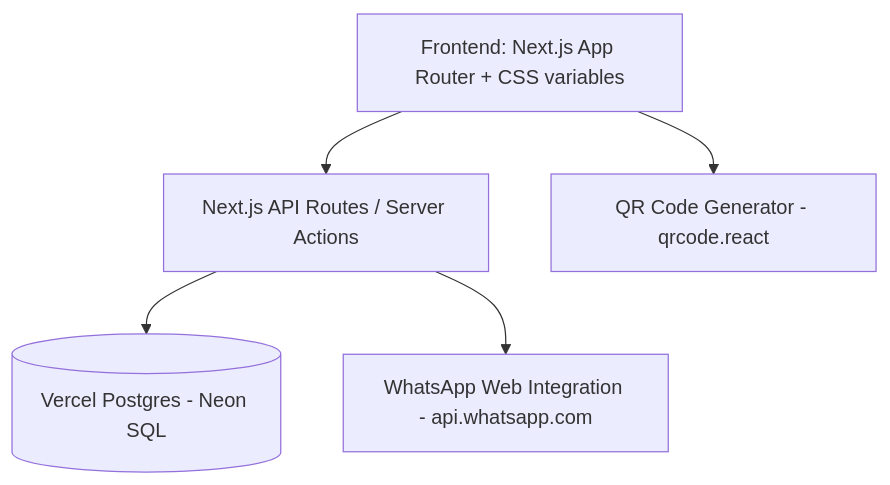
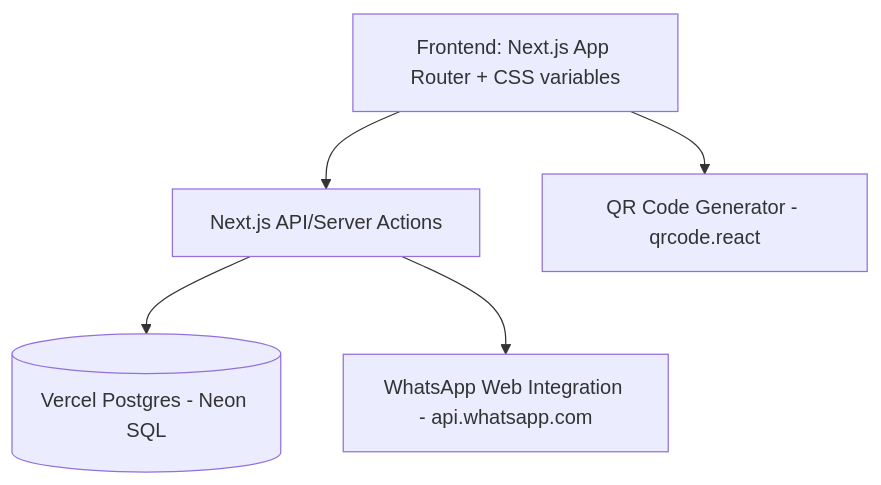
The diagram in docs/architecture.md (ugurozan-eng/fully), drawn with Mermaid before and after one commit. The commit also changed other lines of this file and 14 other files, not shown here.

````diff
--- a/docs/architecture.md
+++ b/docs/architecture.md
@@ -6,7 +6,7 @@
 ```mermaid
 graph TD
-    UI[Frontend: Next.js App Router + CSS variables] --> API[Next.js API Routes / Server Actions]
+    UI[Frontend: Next.js App Router + CSS variables] --> API[Next.js API/Server Actions]
     API --> DB[(Vercel Postgres - Neon SQL)]
     API --> WA[WhatsApp Web Integration - api.whatsapp.com]
     UI --> QR[QR Code Generator - qrcode.react]
 ```
````
